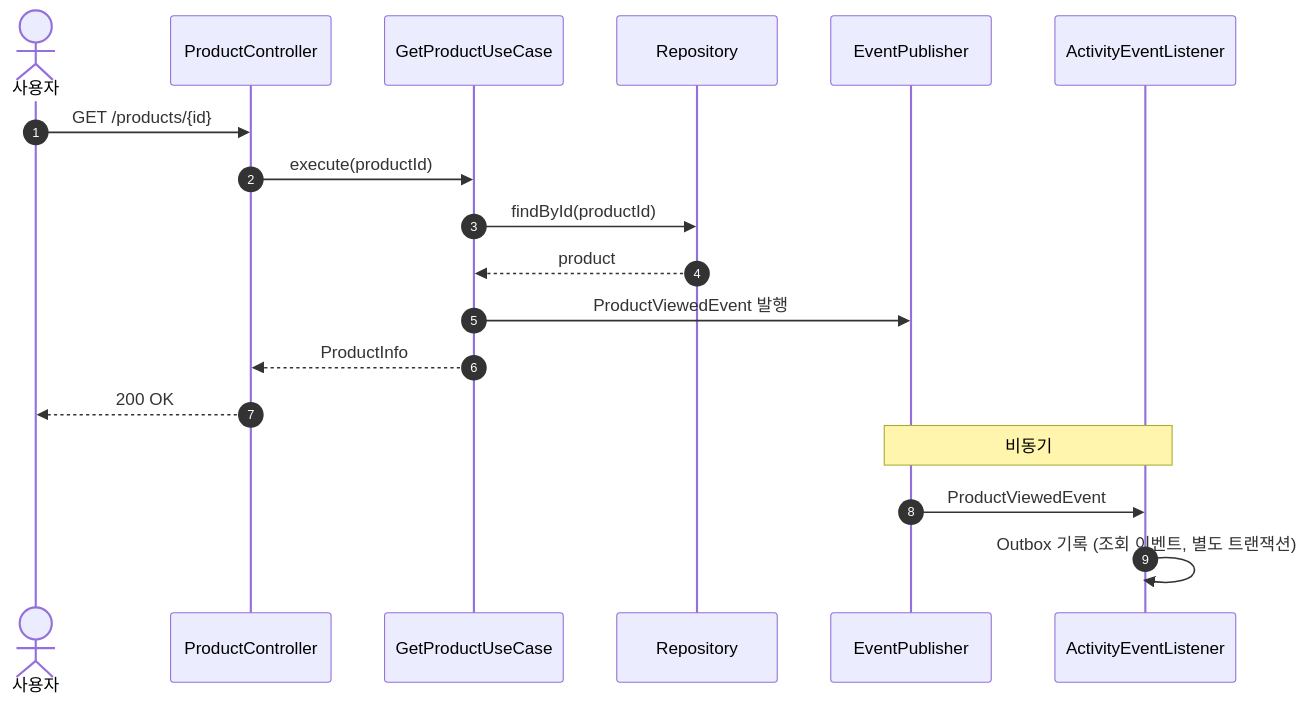
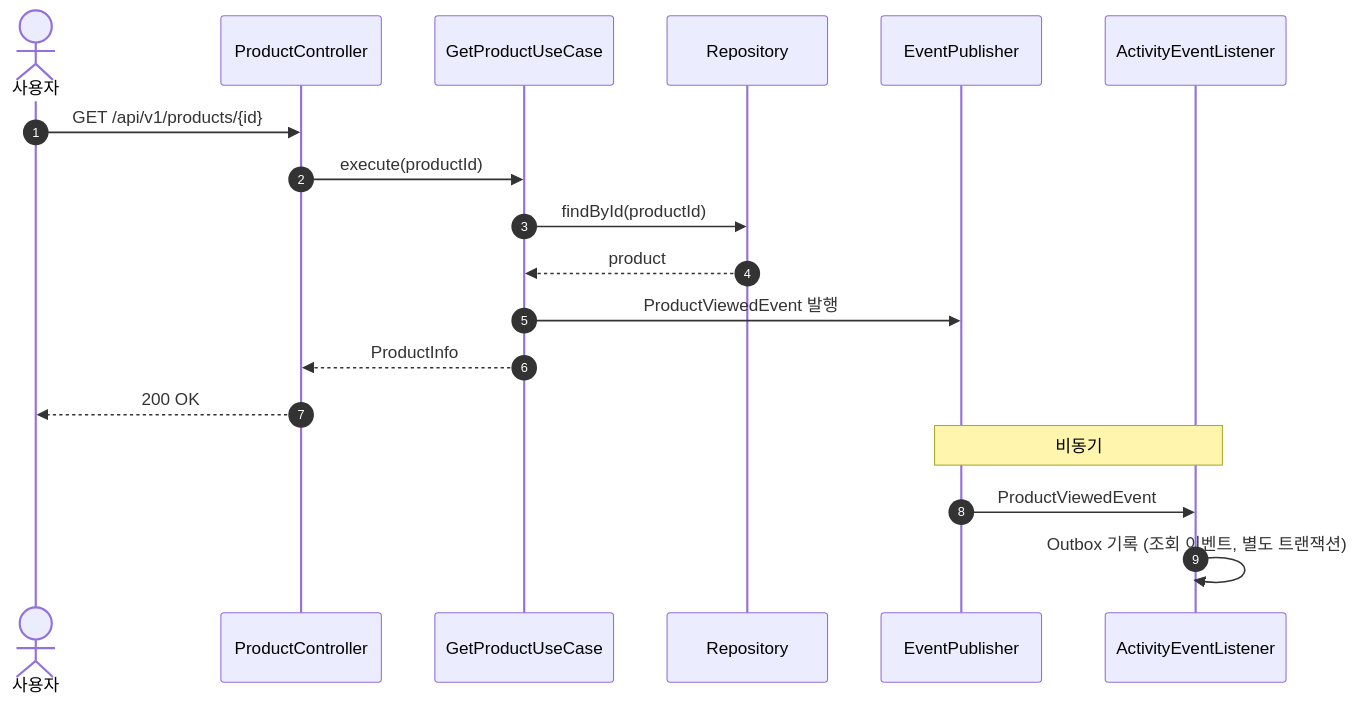
One commit to Loopers-dev-lab/loop-pack-be-l2-vol3-kotlin changed diagram 39 of 44 in docs/design/02-sequence-diagrams.md. Above: the diagram before and after it, drawn with Mermaid. The commit also changed other lines of this file and 14 other files, not shown here.

````diff
--- a/docs/design/02-sequence-diagrams.md
+++ b/docs/design/02-sequence-diagrams.md
@@ -1337,25 +1337,25 @@
 ```mermaid
 sequenceDiagram
     autonumber
     actor User as 사용자
     participant C as ProductController
     participant UC as GetProductUseCase
     participant R as Repository
     participant EP as EventPublisher
     participant EL as ActivityEventListener
 
-    User ->> C: GET /products/{id}
+    User ->> C: GET /api/v1/products/{id}
     C ->> UC: execute(productId)
 
     UC ->> R: findById(productId)
     R -->> UC: product
 
     UC ->> EP: ProductViewedEvent 발행
 
     UC -->> C: ProductInfo
     C -->> User: 200 OK
 
     Note over EP, EL: 비동기
     EP ->> EL: ProductViewedEvent
     EL ->> EL: Outbox 기록 (조회 이벤트, 별도 트랜잭션)
 ```
````
